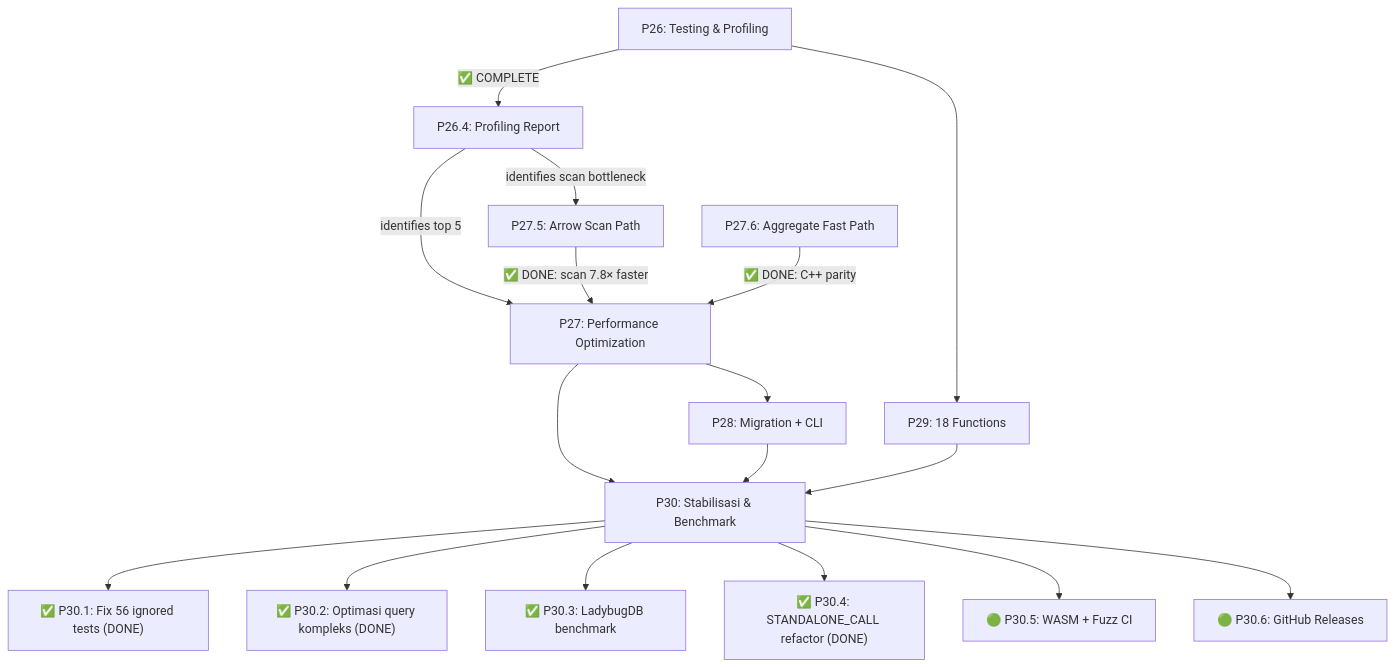
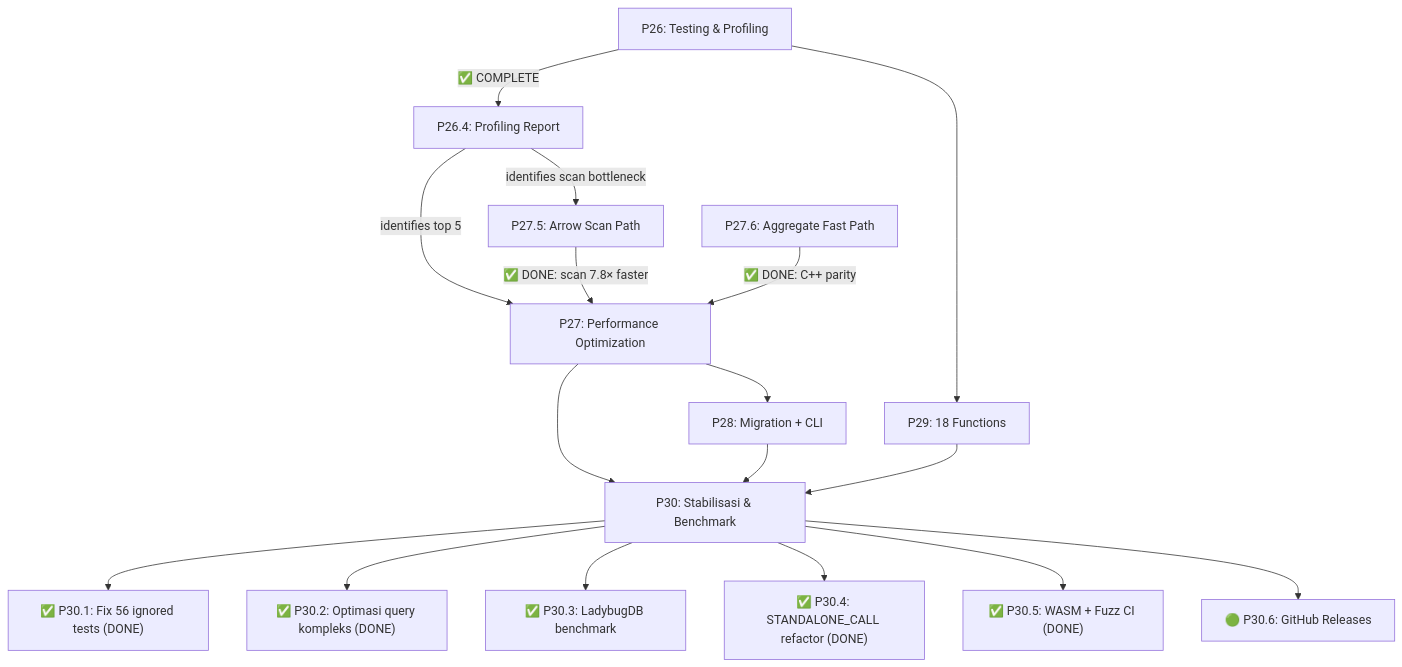
The diagram in kuzu-core/implementation_plan.md (mlengse/akar), drawn with Mermaid before and after one commit. The commit also changed other lines of this file, not shown here.

````diff
--- a/kuzu-core/implementation_plan.md
+++ b/kuzu-core/implementation_plan.md
@@ -453,19 +454,19 @@
 ```mermaid
 graph TD
     P26["P26: Testing & Profiling"] -->|✅ COMPLETE| P26_4["P26.4: Profiling Report"]
     P26_4 -->|identifies scan bottleneck| P27_5["P27.5: Arrow Scan Path"]
     P26_4 -->|identifies top 5| P27["P27: Performance Optimization"]
     P27_5 -->|✅ DONE: scan 7.8× faster| P27
     P27_6["P27.6: Aggregate Fast Path"] -->|✅ DONE: C++ parity| P27
     P27 --> P28["P28: Migration + CLI"]
     P26 --> P29["P29: 18 Functions"]
     P27 --> P30["P30: Stabilisasi & Benchmark"]
     P28 --> P30
     P29 --> P30
     P30 --> P30_1["✅ P30.1: Fix 56 ignored tests (DONE)"]
     P30 --> P30_2["✅ P30.2: Optimasi query kompleks (DONE)"]
     P30 --> P30_3["✅ P30.3: LadybugDB benchmark"]
     P30 --> P30_4["✅ P30.4: STANDALONE_CALL refactor (DONE)"]
-    P30 --> P30_5["🟢 P30.5: WASM + Fuzz CI"]
+    P30 --> P30_5["✅ P30.5: WASM + Fuzz CI (DONE)"]
     P30 --> P30_6["🟢 P30.6: GitHub Releases"]
 ```
````
